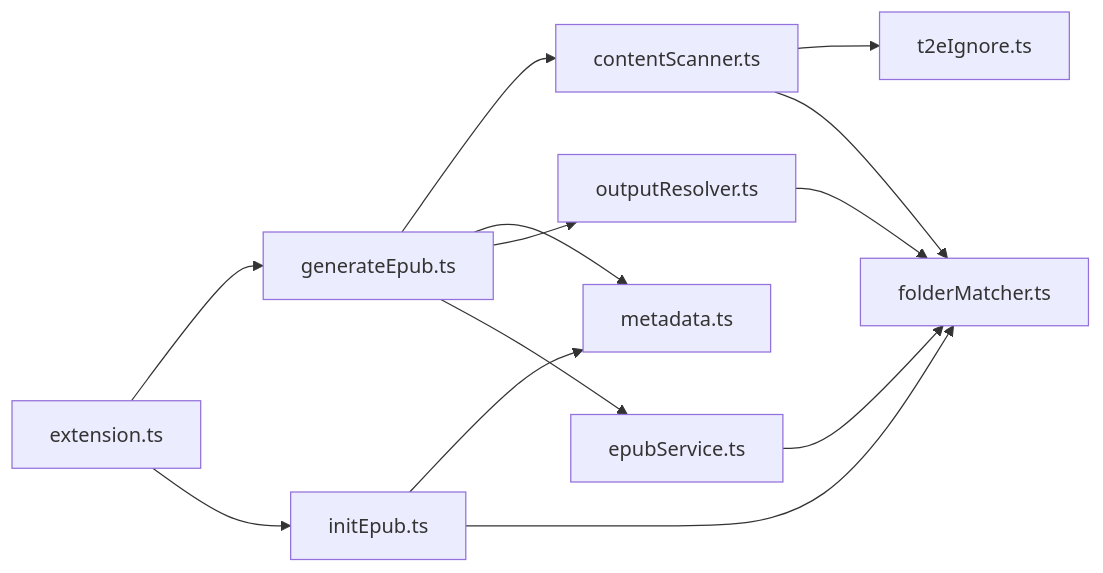
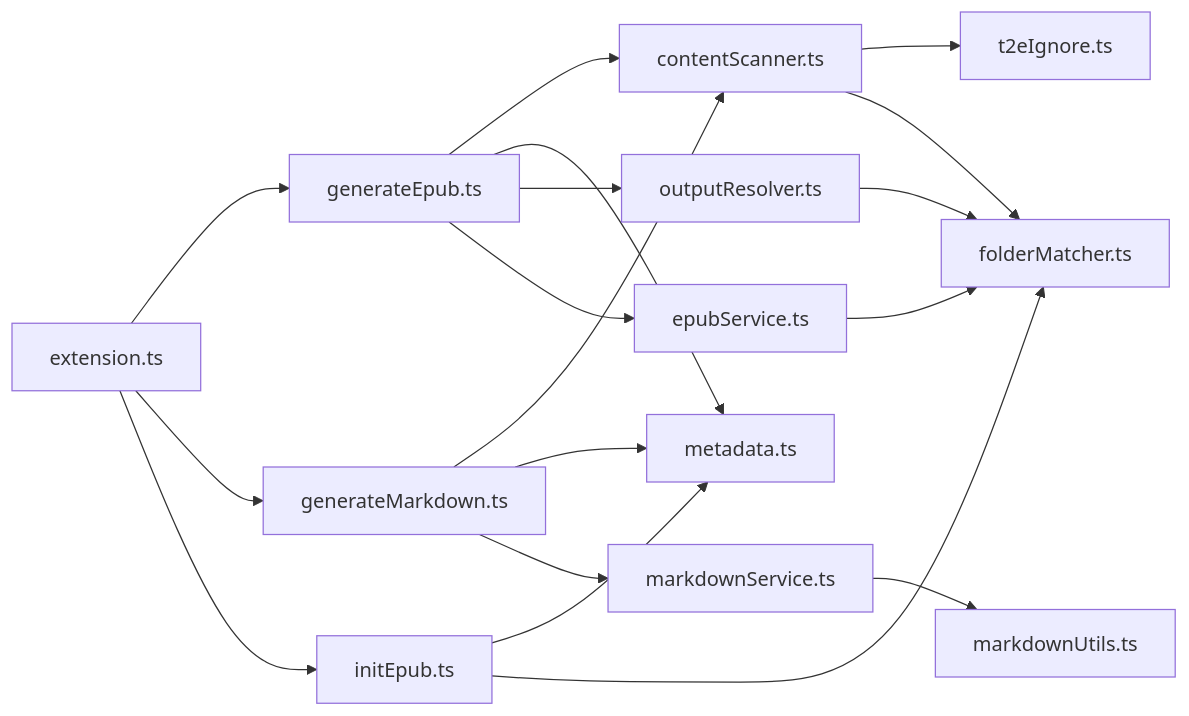
One commit to someok/vscode-folder2epub changed the eighth of 8 diagrams in .qoder/repowiki/zh/content/示例与最佳实践.md. Above: the diagram before and after it, drawn with Mermaid. The commit also changed other lines of this file and 8 other files, not shown here.

````diff
--- a/.qoder/repowiki/zh/content/示例与最佳实践.md
+++ b/.qoder/repowiki/zh/content/示例与最佳实践.md
@@ -247,15 +331,20 @@
 ```mermaid
 graph LR
 EXT["extension.ts"] --> CMD1["generateEpub.ts"]
-EXT --> CMD2["initEpub.ts"]
+EXT --> CMD2["generateMarkdown.ts"]
+EXT --> CMD3["initEpub.ts"]
 CMD1 --> SVC1["contentScanner.ts"]
 CMD1 --> SVC2["metadata.ts"]
 CMD1 --> SVC3["outputResolver.ts"]
 CMD1 --> SVC4["epubService.ts"]
+CMD2 --> SVC1
 CMD2 --> SVC2
-CMD2 --> SVC5["folderMatcher.ts"]
-SVC1 --> SVC6["t2eIgnore.ts"]
-SVC1 --> SVC5
-SVC3 --> SVC5
-SVC4 --> SVC5
+CMD2 --> SVC5["markdownService.ts"]
+CMD3 --> SVC2
+CMD3 --> SVC6["folderMatcher.ts"]
+SVC1 --> SVC7["t2eIgnore.ts"]
+SVC1 --> SVC6
+SVC3 --> SVC6
+SVC4 --> SVC6
+SVC5 --> SVC8["markdownUtils.ts"]
 ```
````
